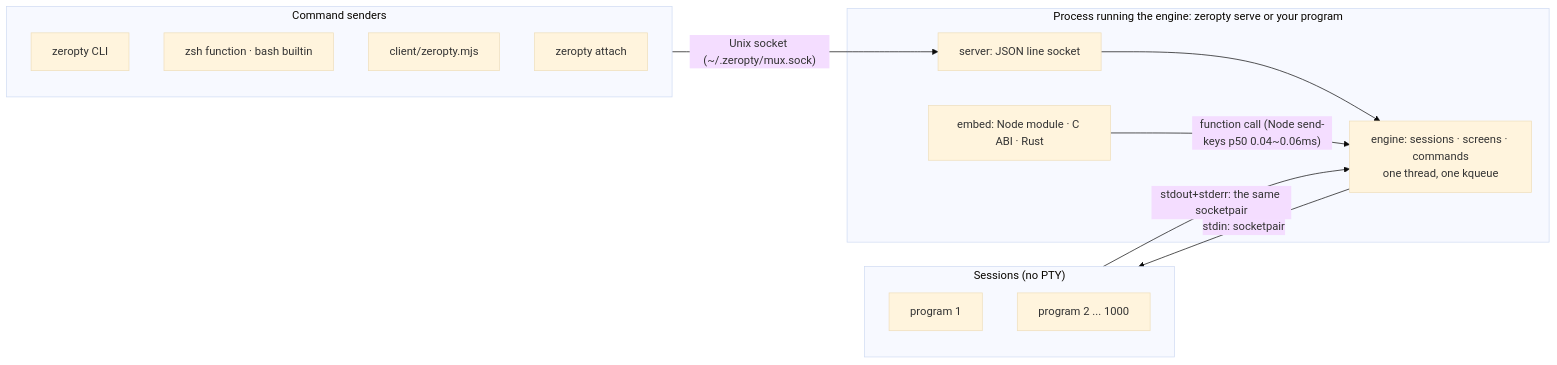
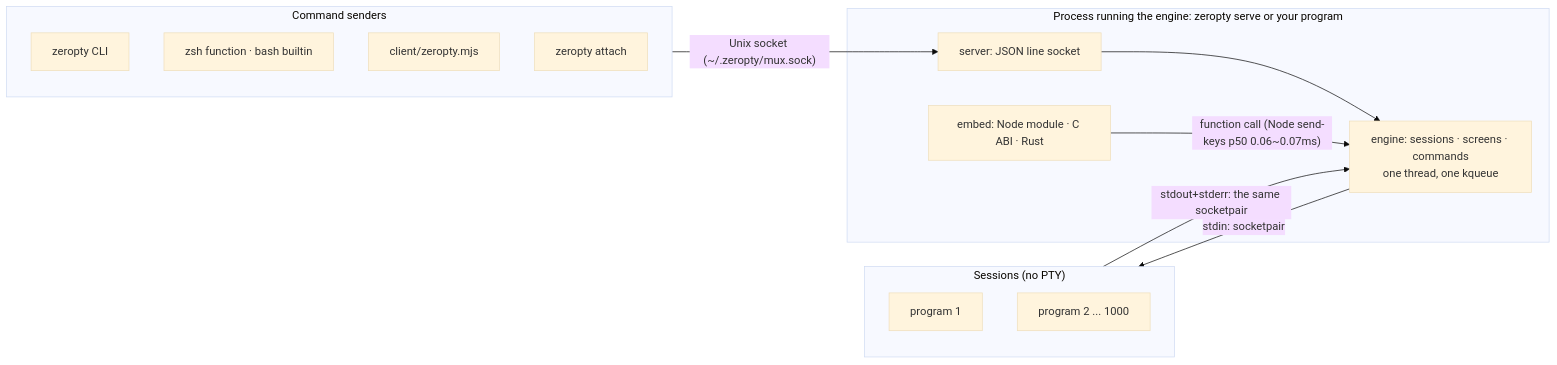
One commit to CreatiCoding/zeropty changed the first of 5 diagrams in docs/DESIGN.md. Above: the diagram before and after it, drawn with Mermaid (base theme). The commit also changed other lines of this file and 32 other files, not shown here.

````diff
--- a/docs/DESIGN.md
+++ b/docs/DESIGN.md
@@ -24,23 +24,23 @@
 ```mermaid
 flowchart LR
   subgraph clients["Command senders"]
     cli["zeropty CLI"]
     sh["zsh function · bash builtin"]
     node["client/zeropty.mjs"]
     att["zeropty attach"]
   end
   subgraph host["Process running the engine: zeropty serve or your program"]
     srv["server: JSON line socket"]
     eng["engine: sessions · screens · commands<br/>one thread, one kqueue"]
     emb["embed: Node module · C ABI · Rust"]
   end
   subgraph sessions["Sessions (no PTY)"]
     p1["program 1"]
     p2["program 2 ... 1000"]
   end
   clients -->|"Unix socket (~/.zeropty/mux.sock)"| srv
   srv --> eng
-  emb -->|"function call (Node send-keys p50 0.04~0.06ms)"| eng
+  emb -->|"function call (Node send-keys p50 0.06~0.07ms)"| eng
   eng -->|"stdin: socketpair"| sessions
   sessions -->|"stdout+stderr: the same socketpair"| eng
 ```
````
